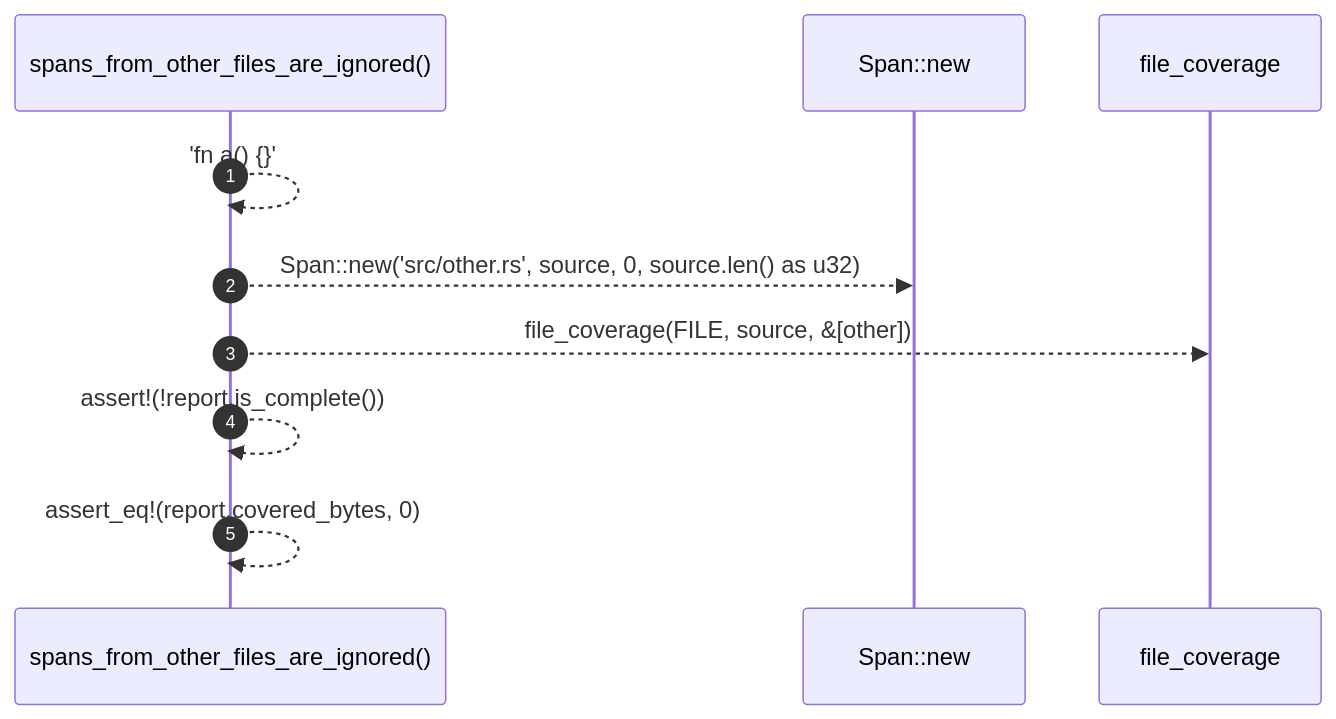
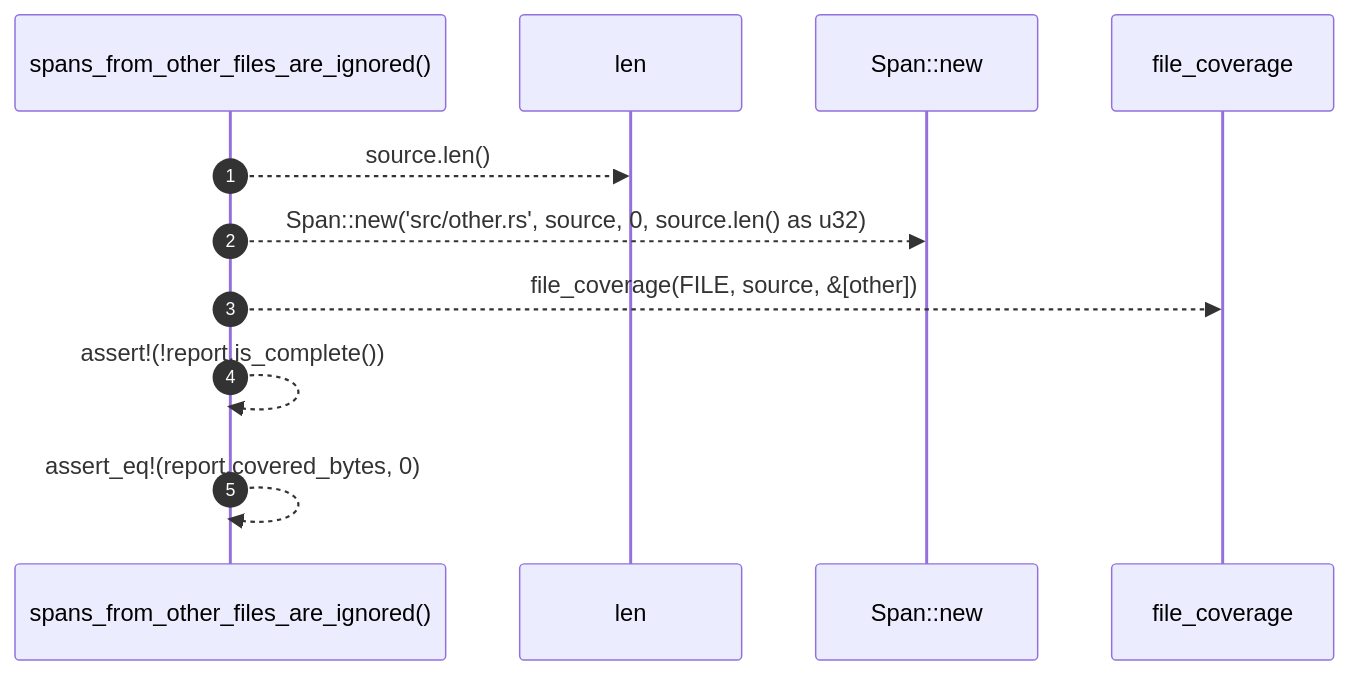
One commit to RyanGuild/self-describing-code changed the diagram in docs/self-model/robby_ir/test_coverage/spans-from-other-files-are-ignored.md. Above: the diagram before and after it, drawn with Mermaid. The commit also changed other lines of this file and 1404 other files, not shown here.

````diff
--- a/docs/self-model/robby_ir/test_coverage/spans-from-other-files-are-ignored.md
+++ b/docs/self-model/robby_ir/test_coverage/spans-from-other-files-are-ignored.md
@@ -24,12 +24,13 @@
 ```mermaid
 sequenceDiagram
     autonumber
     participant spans_from_other_files_are_ignored as spans_from_other_files_are_ignored()
+    participant len as len
     participant Span__new as Span::new
     participant file_coverage as file_coverage
-    spans_from_other_files_are_ignored-->>spans_from_other_files_are_ignored: 'fn a() {}'
+    spans_from_other_files_are_ignored-->>len: source.len()
     spans_from_other_files_are_ignored-->>Span__new: Span::new('src/other.rs', source, 0, source.len() as u32)
     spans_from_other_files_are_ignored-->>file_coverage: file_coverage(FILE, source, &[other])
     spans_from_other_files_are_ignored-->>spans_from_other_files_are_ignored: assert!(!report.is_complete())
     spans_from_other_files_are_ignored-->>spans_from_other_files_are_ignored: assert_eq!(report.covered_bytes, 0)
 ```
````
